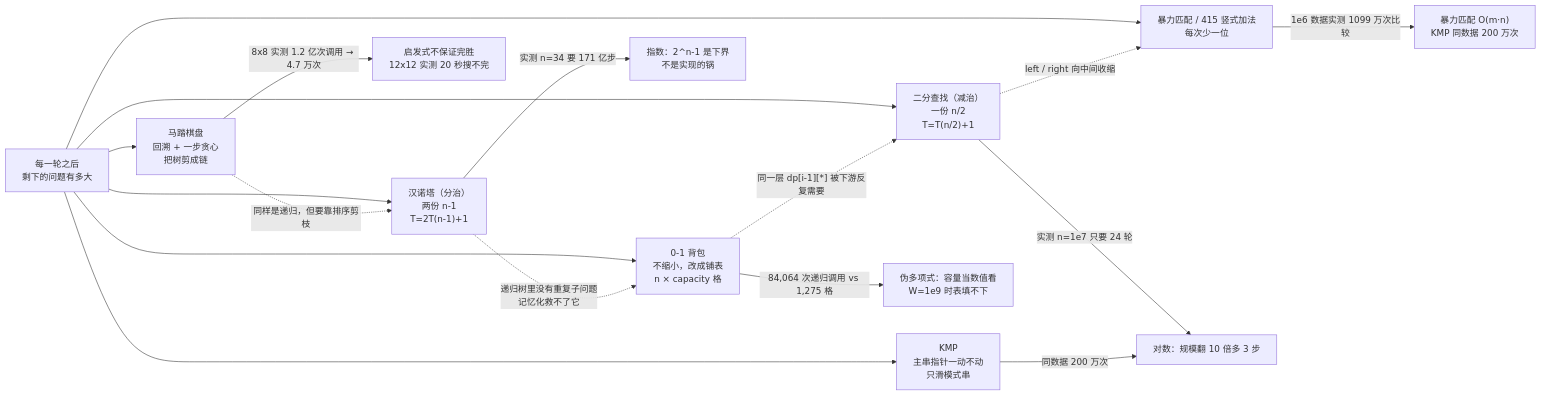
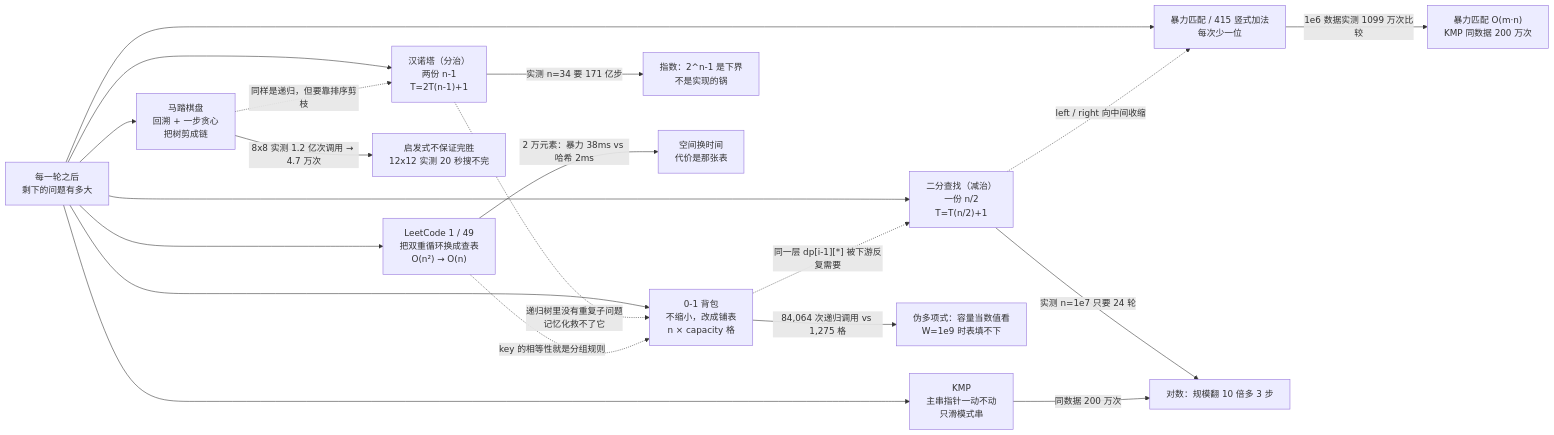
One commit to c0re-T/algorithm changed the first of 2 diagrams in README.md. Above: the diagram before and after it, drawn with Mermaid. The commit also changed other lines of this file and 4 other files, not shown here.

Commit message:
docs: 新增 LeetCode 1 两数之和与 49 字母异位词分组笔记，收录 hot100 两份程序并同步 README

````diff
--- a/README.md
+++ b/README.md
@@ -11,20 +11,23 @@
 ```mermaid
 flowchart LR
     A["每一轮之后<br/>剩下的问题有多大"]
     A --> B["汉诺塔（分治）<br/>两份 n-1<br/>T=2T(n-1)+1"]
     A --> C["二分查找（减治）<br/>一份 n/2<br/>T=T(n/2)+1"]
     A --> D["暴力匹配 / 415 竖式加法<br/>每次少一位"]
     A --> E["KMP<br/>主串指针一动不动<br/>只滑模式串"]
     A --> F["0-1 背包<br/>不缩小，改成铺表<br/>n × capacity 格"]
     A --> G["马踏棋盘<br/>回溯 + 一步贪心<br/>把树剪成链"]
+    A --> H["LeetCode 1 / 49<br/>把双重循环换成查表<br/>O(n²) → O(n)"]
     B -->|"实测 n=34 要 171 亿步"| R["指数：2^n-1 是下界<br/>不是实现的锅"]
     C -->|"实测 n=1e7 只要 24 轮"| L["对数：规模翻 10 倍多 3 步"]
     D -->|"1e6 数据实测 1099 万次比较"| M2["暴力匹配 O(m·n)<br/>KMP 同数据 200 万次"]
     E -->|"同数据 200 万次"| L
     F -->|"84,064 次递归调用 vs 1,275 格"| M["伪多项式：容量当数值看<br/>W=1e9 时表填不下"]
-    G -->|"8x8 实测 1.2 亿次调用 → 4.7 万次"| H["启发式不保证完胜<br/>12x12 实测 20 秒搜不完"]
+    G -->|"8x8 实测 1.2 亿次调用 → 4.7 万次"| H2["启发式不保证完胜<br/>12x12 实测 20 秒搜不完"]
+    H -->|"2 万元素：暴力 38ms vs 哈希 2ms"| M3["空间换时间<br/>代价是那张表"]
     B -.->|"递归树里没有重复子问题<br/>记忆化救不了它"| F
     F -.->|"同一层 dp[i-1][*] 被下游反复需要"| C
     C -.->|"left / right 向中间收缩"| D
     G -.->|"同样是递归，但要靠排序剪枝"| B
+    H -.->|"key 的相等性就是分组规则"| F
 ```
````
